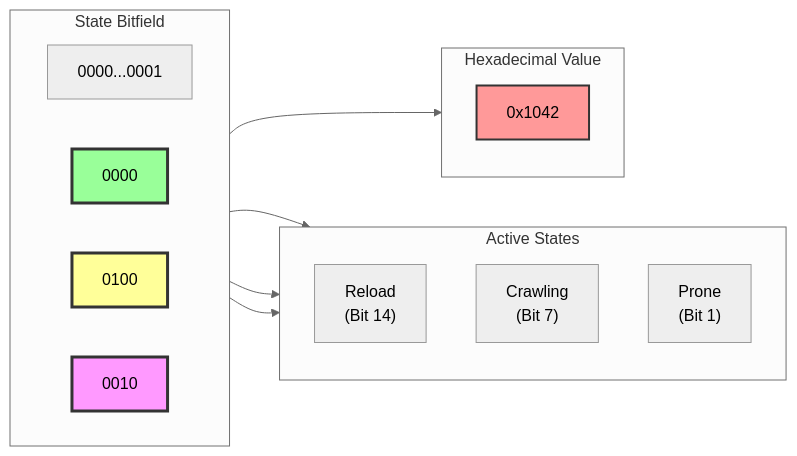
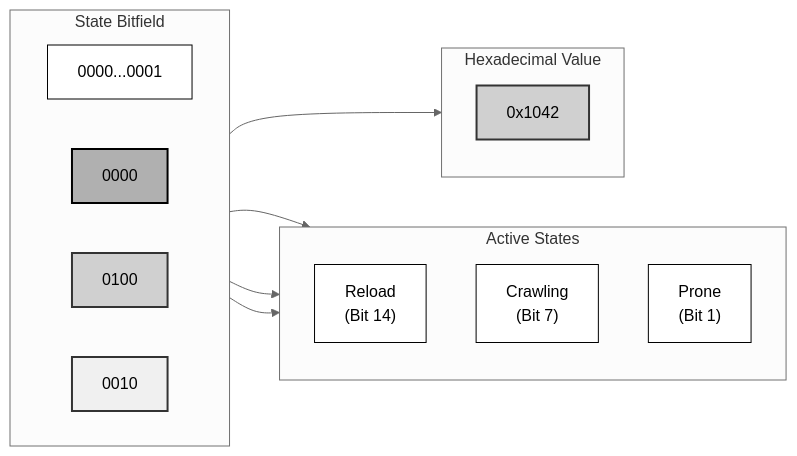
Before and after one commit to jukofyork/close-combat-architecture-study: the second of 10 diagrams in appendix_a_state_world_systems.md, drawn with Mermaid (neutral theme). The commit also changed other lines of this file and 15 other files, not shown here.

````diff
--- a/appendix_a_state_world_systems.md
+++ b/appendix_a_state_world_systems.md
@@ -157,38 +157,37 @@
 ```mermaid
 flowchart LR
     subgraph StateRepresentation["State Bitfield"]
         direction LR
         unused["0000...0001"]
         reloadBits["0000"]
         crawlBits["0100"]
         proneBits["0010"]
     end
     
     subgraph ActiveStates["Active States"]
         direction TB
         reload["Reload<br>(Bit 14)"]
         crawl["Crawling<br>(Bit 7)"]
         prone["Prone<br>(Bit 1)"]
     end
     
     subgraph HexValue["Hexadecimal Value"]
         hex["0x1042"]
     end
     
     reloadBits --> reload
     crawlBits --> crawl
     proneBits --> prone
     
     StateRepresentation --> HexValue
     
-    classDef reloadStyle fill:#9f9,stroke:#333,stroke-width:3px
-    classDef crawlStyle fill:#ff9,stroke:#333,stroke-width:3px
-    classDef proneStyle fill:#f9f,stroke:#333,stroke-width:3px
-    classDef hexStyle fill:#f99,stroke:#333,stroke-width:2px
-    classDef defaultStyle fill:#fff,stroke:#333
+    classDef default fill:#fff,stroke:#000,stroke-width:1px
+    classDef light fill:#f0f0f0,stroke:#333,stroke-width:2px
+    classDef medium fill:#d0d0d0,stroke:#333,stroke-width:2px
+    classDef dark fill:#b0b0b0,stroke:#000,stroke-width:2px
     
-    class reloadBits reloadStyle
-    class crawlBits crawlStyle
-    class proneBits proneStyle
-    class hex hexStyle
+    class reloadBits dark
+    class crawlBits medium
+    class proneBits light
+    class hex medium
 ```
````
